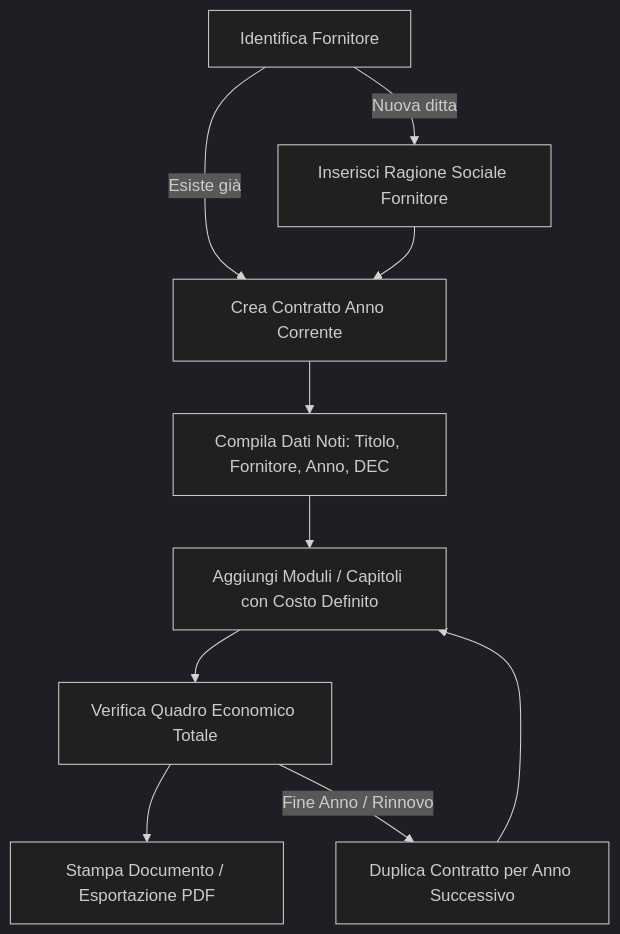
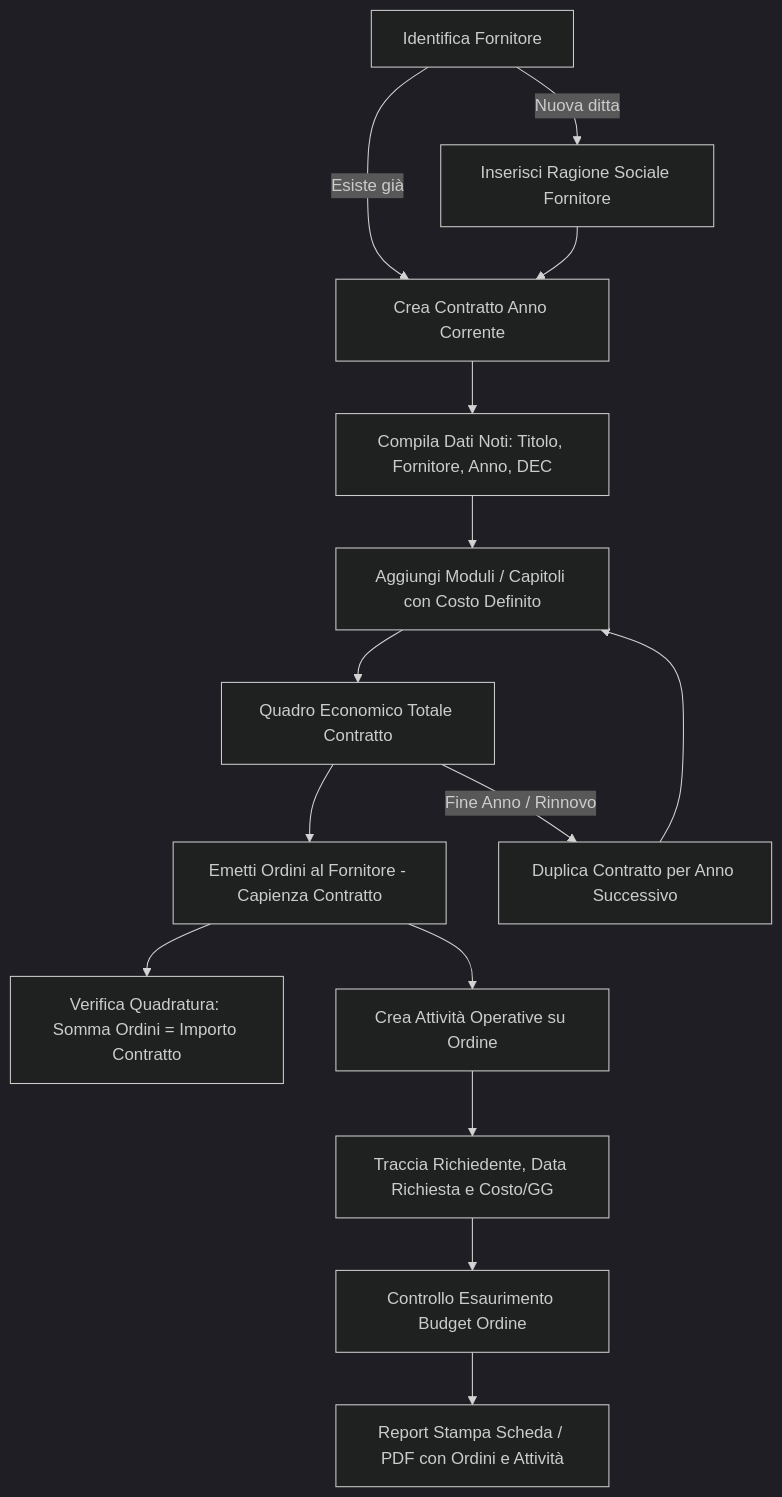
One commit to sscriboni/ticketing changed the diagram in troubletick/DOCUMENTAZIONE_CONTRATTI.md. Above: the diagram before and after it, drawn with Mermaid (dark theme). The commit also changed other lines of this file, not shown here.

````diff
--- a/troubletick/DOCUMENTAZIONE_CONTRATTI.md
+++ b/troubletick/DOCUMENTAZIONE_CONTRATTI.md
@@ -53,12 +66,17 @@
 ```mermaid
 graph TD
     A[Identifica Fornitore] -->|Esiste già| C[Crea Contratto Anno Corrente]
     A -->|Nuova ditta| B[Inserisci Ragione Sociale Fornitore]
     B --> C
     C --> D[Compila Dati Noti: Titolo, Fornitore, Anno, DEC]
     D --> E[Aggiungi Moduli / Capitoli con Costo Definito]
-    E --> F[Verifica Quadro Economico Totale]
-    F --> G[Stampa Documento / Esportazione PDF]
-    F -->|Fine Anno / Rinnovo| H[Duplica Contratto per Anno Successivo]
-    H --> E
+    E --> F[Quadro Economico Totale Contratto]
+    F --> G[Emetti Ordini al Fornitore - Capienza Contratto]
+    G --> H[Verifica Quadratura: Somma Ordini = Importo Contratto]
+    G --> I[Crea Attività Operative su Ordine]
+    I --> J[Traccia Richiedente, Data Richiesta e Costo/GG]
+    J --> K[Controllo Esaurimento Budget Ordine]
+    K --> L[Report Stampa Scheda / PDF con Ordini e Attività]
+    F -->|Fine Anno / Rinnovo| M[Duplica Contratto per Anno Successivo]
+    M --> E
 ```
````
